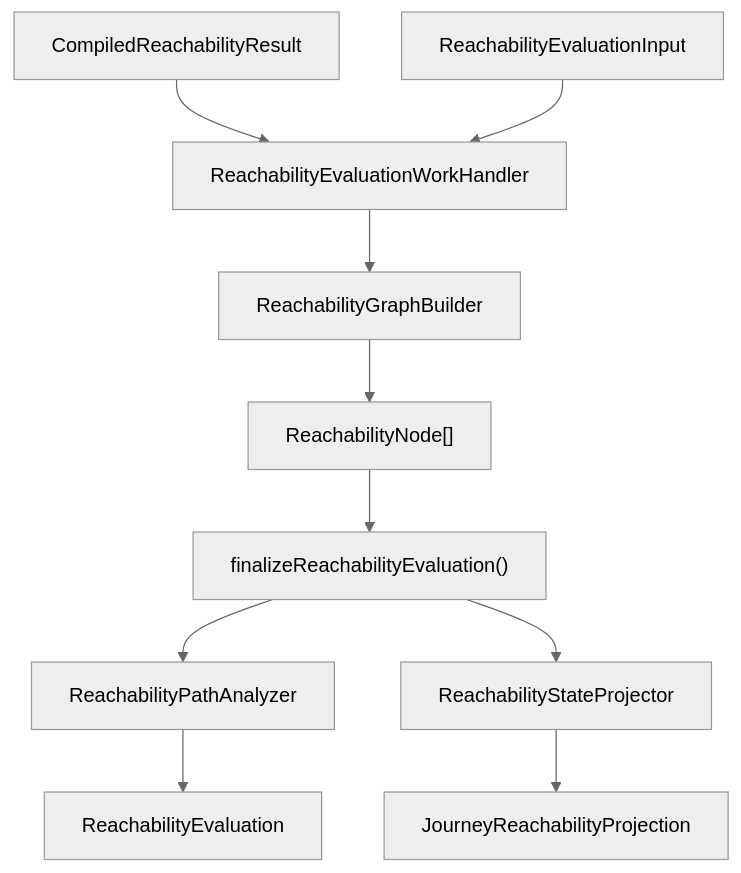
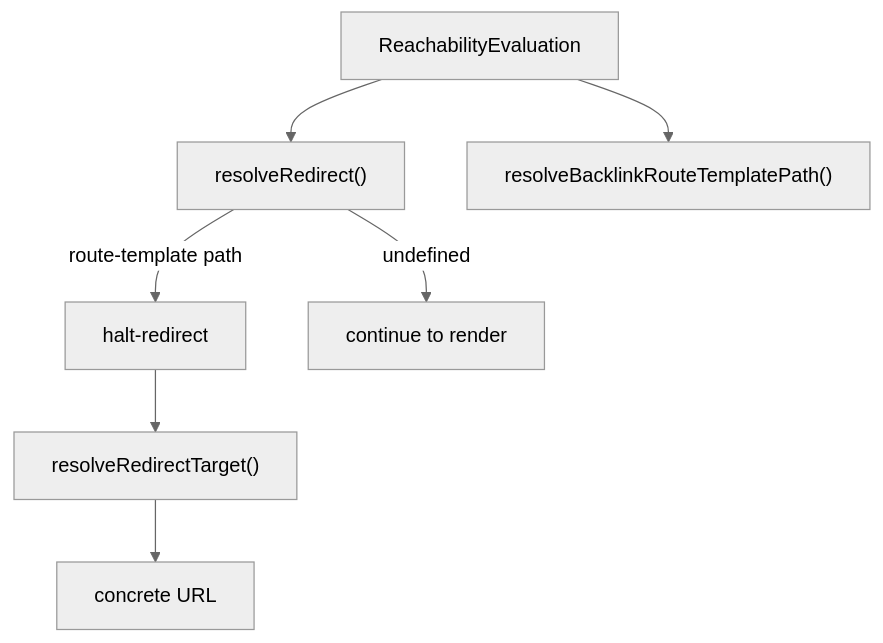
The diagram in packages/forge-core/src/engine/runtime/evaluation/phases/reachability/README.md (ministryofjustice/hmpps-forge), drawn with Mermaid (neutral theme) before and after one commit. The commit also changed other lines of this file and 3 other files, not shown here.

````diff
--- a/packages/forge-core/src/engine/runtime/evaluation/phases/reachability/README.md
+++ b/packages/forge-core/src/engine/runtime/evaluation/phases/reachability/README.md
@@ -86,12 +72,9 @@
 ```mermaid
 flowchart TD
-  compiled["CompiledReachabilityResult"] --> handler["ReachabilityEvaluationWorkHandler"]
-  input["ReachabilityEvaluationInput"] --> handler
-  handler --> builder["ReachabilityGraphBuilder"]
-  builder --> steps["ReachabilityNode[]"]
-  steps --> finalize["finalizeReachabilityEvaluation()"]
-  finalize --> analyzer["ReachabilityPathAnalyzer"]
-  finalize --> projector["ReachabilityStateProjector"]
-  analyzer --> evaluation["ReachabilityEvaluation"]
-  projector --> state["JourneyReachabilityProjection"]
+  evaluation["ReachabilityEvaluation"] --> redirect["resolveRedirect()"]
+  redirect -->|route-template path| halt["halt-redirect"]
+  redirect -->|undefined| continueRender["continue to render"]
+  evaluation --> backlink["resolveBacklinkRouteTemplatePath()"]
+  halt --> target["resolveRedirectTarget()"]
+  target --> url["concrete URL"]
 ```
````
